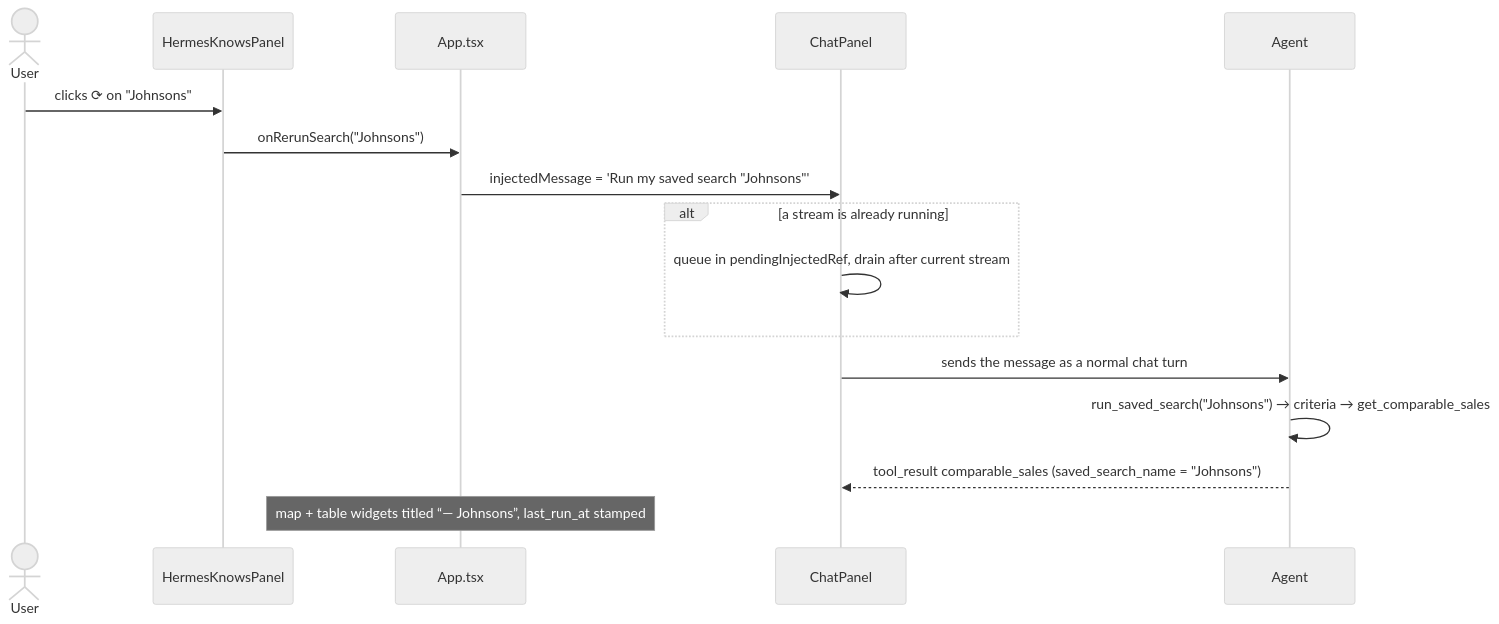
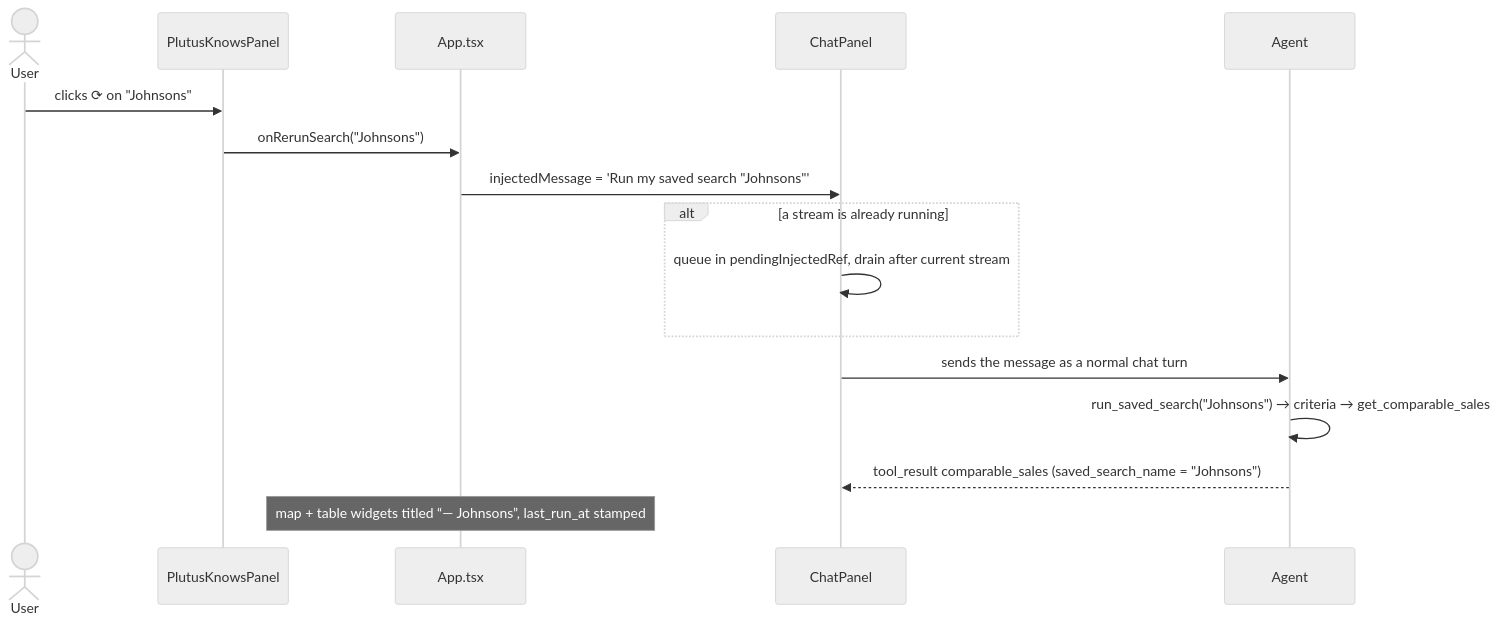
One commit to abhisheksharma1042/RealtorAgentPlatform changed the third of 7 diagrams in docs/SYSTEM-FLOWS.md. Above: the diagram before and after it, drawn with Mermaid (neutral theme). The commit also changed other lines of this file and 2 other files, not shown here.

First line of the commit message:
docs: update agent name from Hermes to Plutus in all documentation

````diff
--- a/docs/SYSTEM-FLOWS.md
+++ b/docs/SYSTEM-FLOWS.md
@@ -120,19 +120,19 @@
 ```mermaid
 sequenceDiagram
     actor U as User
-    participant P as HermesKnowsPanel
+    participant P as PlutusKnowsPanel
     participant App as App.tsx
     participant CP as ChatPanel
     participant G as Agent
 
     U->>P: clicks ⟳ on "Johnsons"
     P->>App: onRerunSearch("Johnsons")
     App->>CP: injectedMessage = 'Run my saved search "Johnsons"'
     alt a stream is already running
         CP->>CP: queue in pendingInjectedRef, drain after current stream
     end
     CP->>G: sends the message as a normal chat turn
     G->>G: run_saved_search("Johnsons") → criteria → get_comparable_sales
     G-->>CP: tool_result comparable_sales (saved_search_name = "Johnsons")
     Note over App: map + table widgets titled “— Johnsons”, last_run_at stamped
 ```
````
